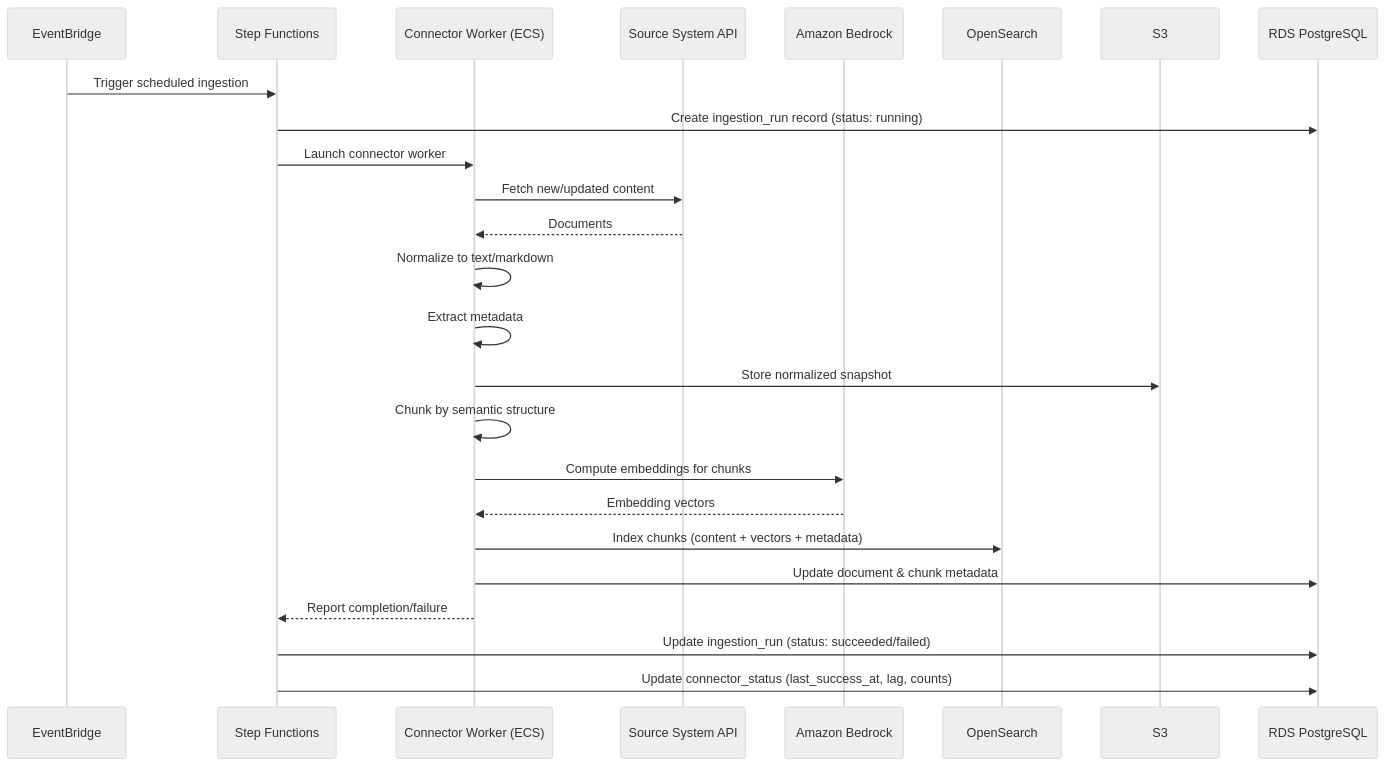
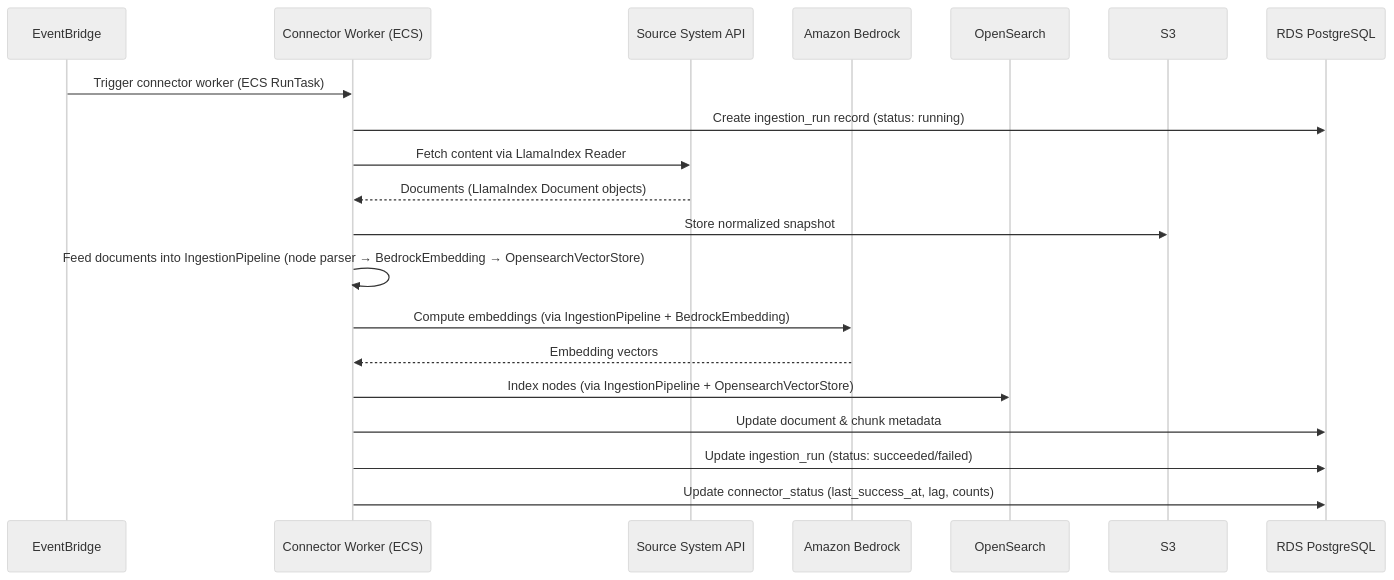
One commit to Sage-Bionetworks-IT/sage-kb-chatbot changed the fourth of 6 diagrams in .kiro/specs/sage-kb-chatbot/design.md. Above: the diagram before and after it, drawn with Mermaid (neutral theme). The commit also changed other lines of this file and 3 other files, not shown here.

First line of the commit message:
refactor(specs): drop Step Functions from ingestion plane

````diff
--- a/.kiro/specs/sage-kb-chatbot/design.md
+++ b/.kiro/specs/sage-kb-chatbot/design.md
@@ -312,30 +307,25 @@
 ```mermaid
 sequenceDiagram
     participant EB as EventBridge
-    participant SF as Step Functions
     participant CW as Connector Worker (ECS)
     participant Source as Source System API
     participant Bedrock as Amazon Bedrock
     participant OS as OpenSearch
     participant S3 as S3
     participant RDS as RDS PostgreSQL
 
-    EB->>SF: Trigger scheduled ingestion
-    SF->>RDS: Create ingestion_run record (status: running)
-    SF->>CW: Launch connector worker
+    EB->>CW: Trigger connector worker (ECS RunTask)
+    CW->>RDS: Create ingestion_run record (status: running)
 
-    CW->>Source: Fetch new/updated content
-    Source-->>CW: Documents
-    CW->>CW: Normalize to text/markdown
-    CW->>CW: Extract metadata
+    CW->>Source: Fetch content via LlamaIndex Reader
+    Source-->>CW: Documents (LlamaIndex Document objects)
     CW->>S3: Store normalized snapshot
-    CW->>CW: Chunk by semantic structure
-    CW->>Bedrock: Compute embeddings for chunks
+    CW->>CW: Feed documents into IngestionPipeline (node parser → BedrockEmbedding → OpensearchVectorStore)
+    CW->>Bedrock: Compute embeddings (via IngestionPipeline + BedrockEmbedding)
     Bedrock-->>CW: Embedding vectors
-    CW->>OS: Index chunks (content + vectors + metadata)
+    CW->>OS: Index nodes (via IngestionPipeline + OpensearchVectorStore)
     CW->>RDS: Update document & chunk metadata
 
-    CW-->>SF: Report completion/failure
-    SF->>RDS: Update ingestion_run (status: succeeded/failed)
-    SF->>RDS: Update connector_status (last_success_at, lag, counts)
+    CW->>RDS: Update ingestion_run (status: succeeded/failed)
+    CW->>RDS: Update connector_status (last_success_at, lag, counts)
 ```
````
